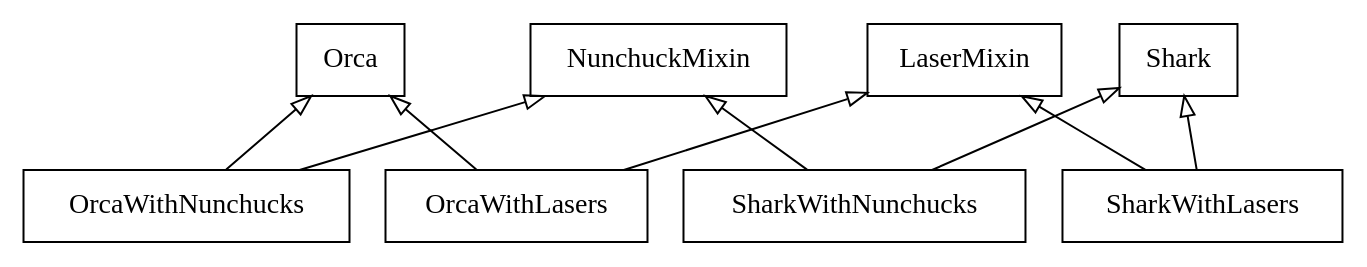
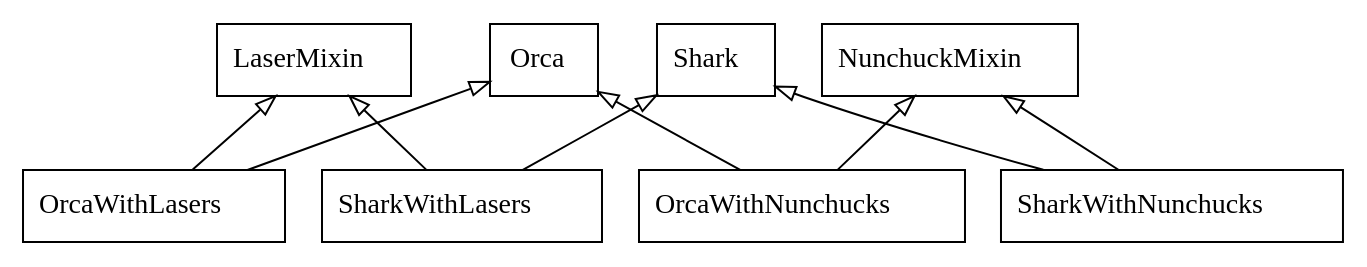
The diagram in samples/shark_inherit_1a.py.dot (slinkp/inheritance_talk), drawn with Graphviz before and after one commit. The commit also changed 15 other files, not shown here.

```diff
--- a/samples/shark_inherit_1a.py.dot
+++ b/samples/shark_inherit_1a.py.dot
@@ -1,20 +1,20 @@
-digraph "classes_No_Name" {
+digraph "classes" {
+rankdir=BT
 charset="utf-8"
-rankdir=BT
-"2" [label="OrcaWithLasers", shape="record"];
-"3" [label="Orca", shape="record"];
-"4" [label="LaserMixin", shape="record"];
-"5" [label="Shark", shape="record"];
-"6" [label="OrcaWithNunchucks", shape="record"];
-"7" [label="NunchuckMixin", shape="record"];
-"8" [label="SharkWithLasers", shape="record"];
-"9" [label="SharkWithNunchucks", shape="record"];
-"2" -> "3" [arrowhead="empty", arrowtail="none"];
-"2" -> "4" [arrowhead="empty", arrowtail="none"];
-"6" -> "3" [arrowhead="empty", arrowtail="none"];
-"6" -> "7" [arrowhead="empty", arrowtail="none"];
-"8" -> "5" [arrowhead="empty", arrowtail="none"];
-"8" -> "4" [arrowhead="empty", arrowtail="none"];
-"9" -> "5" [arrowhead="empty", arrowtail="none"];
-"9" -> "7" [arrowhead="empty", arrowtail="none"];
+"shark_inherit_1a.LaserMixin" [color="black", fontcolor="black", label=<LaserMixin>, shape="record", style="solid"];
+"shark_inherit_1a.NunchuckMixin" [color="black", fontcolor="black", label=<NunchuckMixin>, shape="record", style="solid"];
+"shark_inherit_1a.Orca" [color="black", fontcolor="black", label=<Orca>, shape="record", style="solid"];
+"shark_inherit_1a.OrcaWithLasers" [color="black", fontcolor="black", label=<OrcaWithLasers>, shape="record", style="solid"];
+"shark_inherit_1a.OrcaWithNunchucks" [color="black", fontcolor="black", label=<OrcaWithNunchucks>, shape="record", style="solid"];
+"shark_inherit_1a.Shark" [color="black", fontcolor="black", label=<Shark>, shape="record", style="solid"];
+"shark_inherit_1a.SharkWithLasers" [color="black", fontcolor="black", label=<SharkWithLasers>, shape="record", style="solid"];
+"shark_inherit_1a.SharkWithNunchucks" [color="black", fontcolor="black", label=<SharkWithNunchucks>, shape="record", style="solid"];
+"shark_inherit_1a.OrcaWithLasers" -> "shark_inherit_1a.LaserMixin" [arrowhead="empty", arrowtail="none"];
+"shark_inherit_1a.OrcaWithLasers" -> "shark_inherit_1a.Orca" [arrowhead="empty", arrowtail="none"];
+"shark_inherit_1a.OrcaWithNunchucks" -> "shark_inherit_1a.NunchuckMixin" [arrowhead="empty", arrowtail="none"];
+"shark_inherit_1a.OrcaWithNunchucks" -> "shark_inherit_1a.Orca" [arrowhead="empty", arrowtail="none"];
+"shark_inherit_1a.SharkWithLasers" -> "shark_inherit_1a.LaserMixin" [arrowhead="empty", arrowtail="none"];
+"shark_inherit_1a.SharkWithLasers" -> "shark_inherit_1a.Shark" [arrowhead="empty", arrowtail="none"];
+"shark_inherit_1a.SharkWithNunchucks" -> "shark_inherit_1a.NunchuckMixin" [arrowhead="empty", arrowtail="none"];
+"shark_inherit_1a.SharkWithNunchucks" -> "shark_inherit_1a.Shark" [arrowhead="empty", arrowtail="none"];
 }
```
